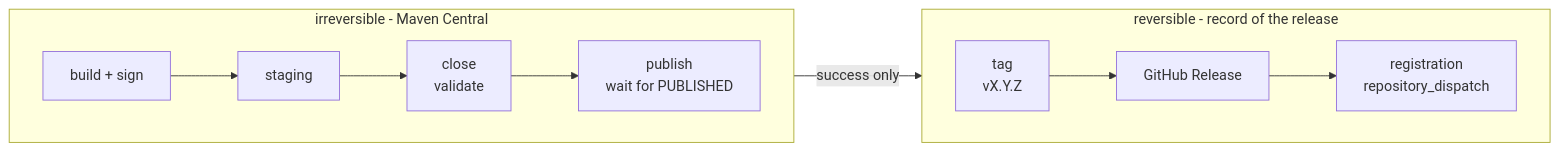
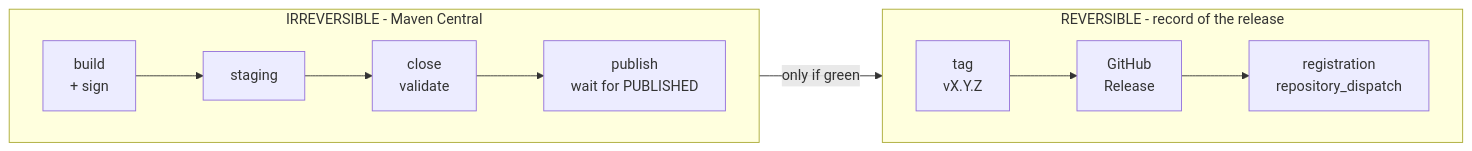
The first of 4 diagrams in docs/Octopus Release Pipeline.md (octopusden/octopus-base), drawn with Mermaid before and after one commit. The commit also changed other lines of this file, not shown here.

````diff
--- a/docs/Octopus Release Pipeline.md
+++ b/docs/Octopus Release Pipeline.md
@@ -82,12 +35,12 @@
 ```mermaid
 flowchart LR
-    subgraph publish ["irreversible - Maven Central"]
+    subgraph publish ["IRREVERSIBLE - Maven Central"]
         direction LR
-        B[build + sign] --> S[staging] --> C[close<br/>validate] --> P[publish<br/>wait for PUBLISHED]
+        B["build<br/>+ sign"] --> S["staging"] --> C["close<br/>validate"] --> P["publish<br/>wait for PUBLISHED"]
     end
-    subgraph record ["reversible - record of the release"]
+    subgraph record ["REVERSIBLE - record of the release"]
         direction LR
-        T[tag<br/>vX.Y.Z] --> R[GitHub Release] --> L[registration<br/>repository_dispatch]
+        T["tag<br/>vX.Y.Z"] --> R["GitHub<br/>Release"] --> L["registration<br/>repository_dispatch"]
     end
-    P -->|success only| T
+    P -->|"only if green"| T
 ```
````
